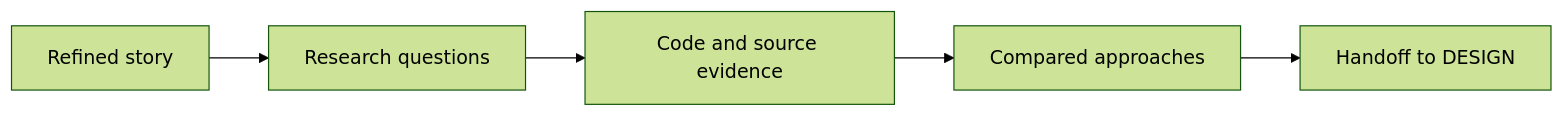
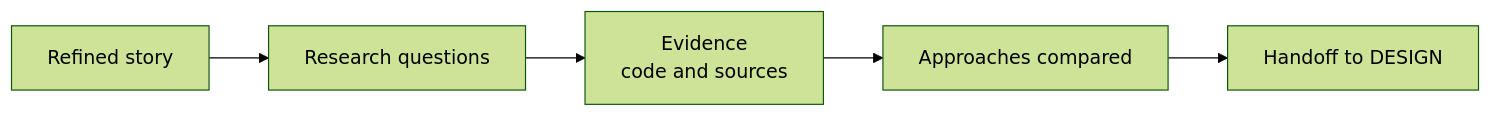
Before and after one commit to SebastienDegodez/skraft-plugin: the diagram in docs/site/en/explanation/pipeline/research.md, drawn with Mermaid (forest theme). The commit also changed other lines of this file and 17 other files, not shown here.

````diff
--- a/docs/site/en/explanation/pipeline/research.md
+++ b/docs/site/en/explanation/pipeline/research.md
@@ -25,7 +44,7 @@
 ```mermaid
 graph LR
     S[Refined story] --> Q[Research questions]
-    Q --> E[Code and source evidence]
-    E --> C[Compared approaches]
+    Q --> E[Evidence<br/>code and sources]
+    E --> C[Approaches compared]
     C --> H[Handoff to DESIGN]
 ```
````
